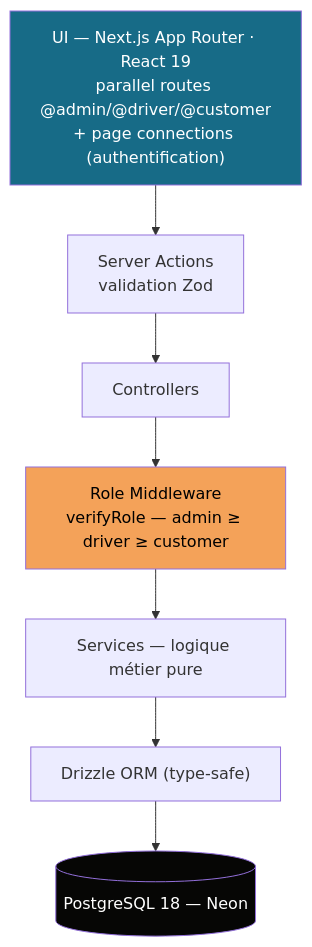
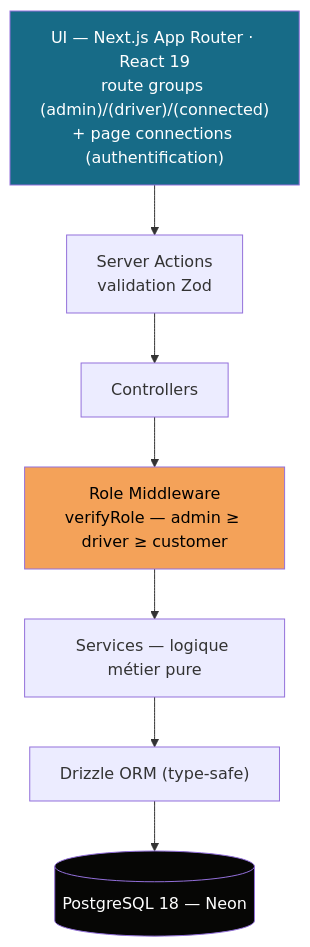
Before and after one commit to Mamoru-fr/AMT-Express: the second of 5 diagrams in documents/dossiers/dossierProjet/annexes/infrastructure.md, drawn with Mermaid.

Commit message:
docs(annexes): #6 infrastructure — route groups réels au lieu de parallel routes @admin

````diff
--- a/documents/dossiers/dossierProjet/annexes/infrastructure.md
+++ b/documents/dossiers/dossierProjet/annexes/infrastructure.md
@@ -81,12 +81,12 @@
 ```mermaid
 flowchart TB
-    A["UI — Next.js App Router · React 19<br/>parallel routes @admin/@driver/@customer<br/>+ page connections (authentification)"] --> B["Server Actions<br/>validation Zod"]
+    A["UI — Next.js App Router · React 19<br/>route groups (admin)/(driver)/(connected)<br/>+ page connections (authentification)"] --> B["Server Actions<br/>validation Zod"]
     B --> C["Controllers"]
     C --> D["Role Middleware<br/>verifyRole — admin ≥ driver ≥ customer"]
     D --> E["Services — logique métier pure"]
     E --> F["Drizzle ORM (type-safe)"]
     F --> G[("PostgreSQL 18 — Neon")]
     style A fill:#176B87,color:#fff
     style D fill:#F4A259,color:#000
     style G fill:#060605,color:#fff
 ```
````
